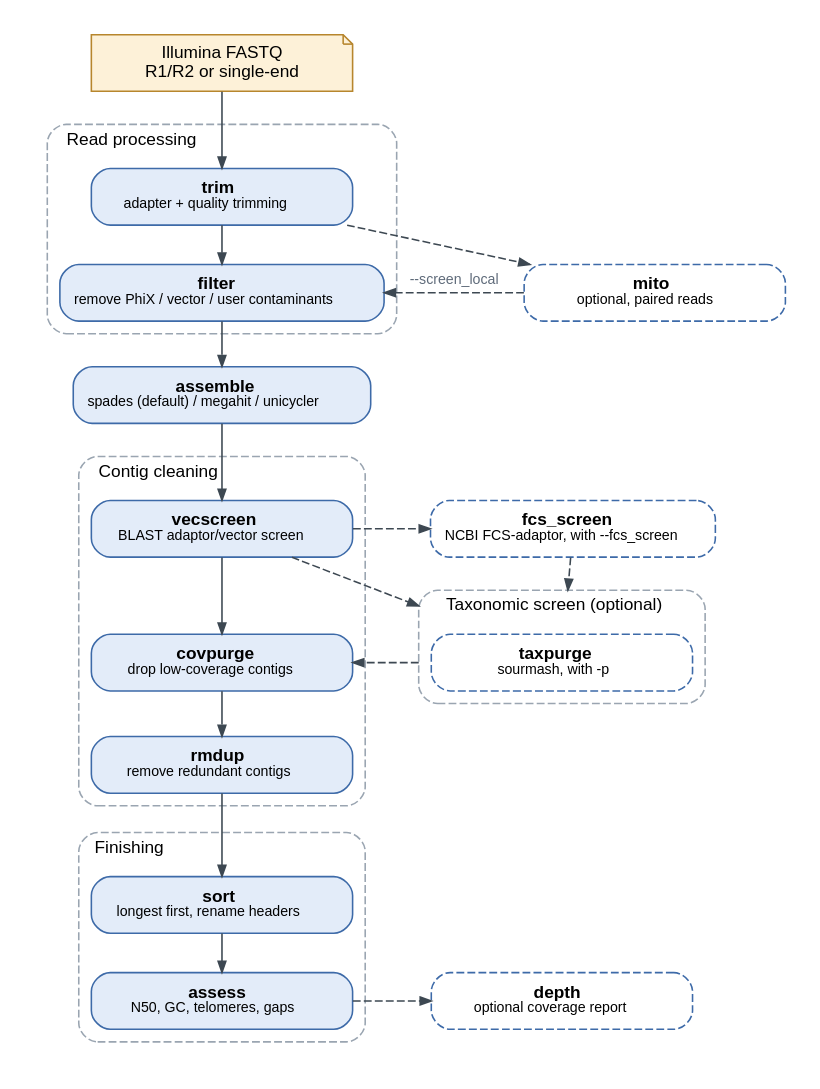
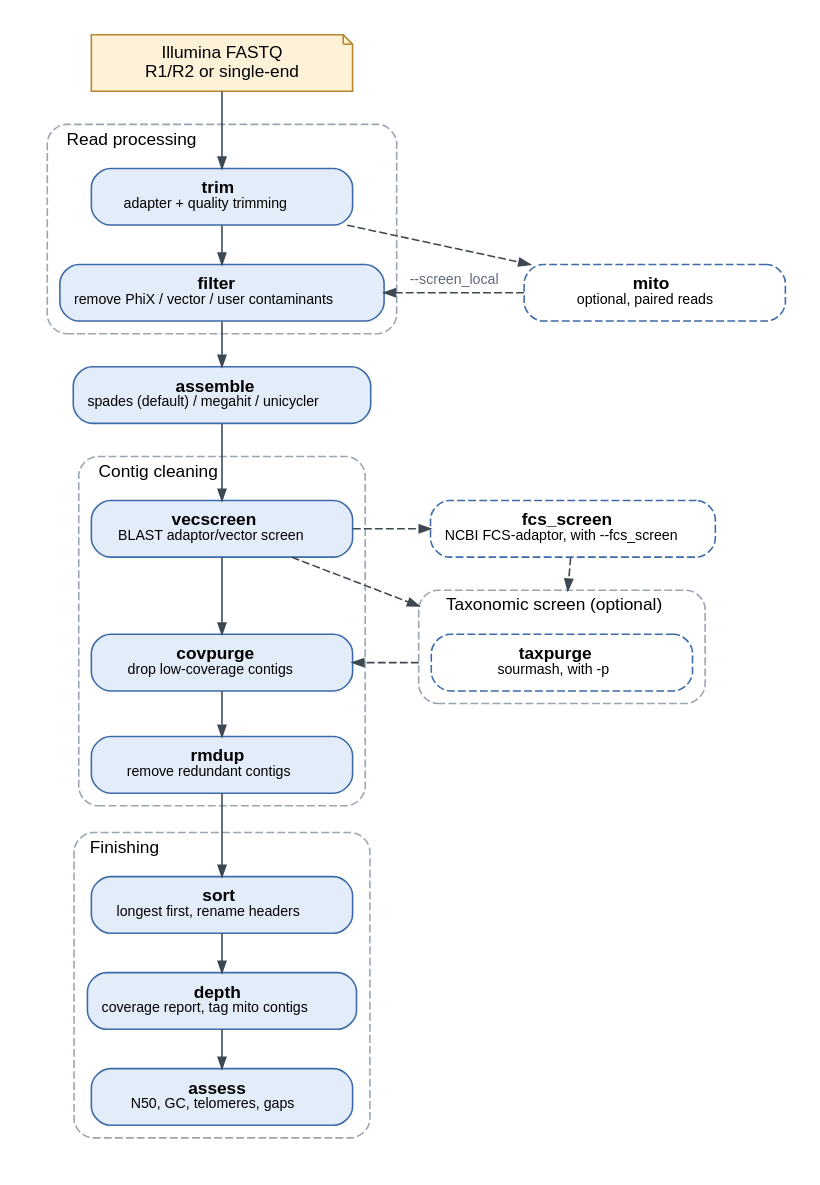
One commit to stajichlab/AAFTF changed the first of 3 diagrams in docs/workflow.rst. Above: the diagram before and after it, drawn with Graphviz. The commit also changed other lines of this file and 8 other files, not shown here.

```diff
--- a/docs/workflow.rst
+++ b/docs/workflow.rst
@@ -34,42 +34,40 @@
 .. graphviz::
    :align: center
 
    digraph pipeline_short {
        graph [compound=true, bgcolor="white", pad="0.2", fontname="Helvetica", fontsize=11, nodesep=0.35, ranksep=0.32, newrank=true, labeljust=l, color="#9aa5b1", style="rounded,dashed"]
        node [shape=box, style="rounded,filled", fillcolor="#e3ecf9", color="#3d6aa8", fontname="Helvetica", fontsize=11, width=2.3, height=0.5, margin="0.12,0.05"]
        edge [color="#3d4852", arrowsize=0.7, fontname="Helvetica", fontsize=9, fontcolor="#5f6b7a"]
        reads [label="Illumina FASTQ\nR1/R2 or single-end", shape=note, fillcolor="#fdf1d8", color="#b7862d"]
        subgraph cluster_reads { label="Read processing"
            trim [label=<<b>trim</b><br/><font point-size="9">adapter + quality trimming</font>>]
            filter [label=<<b>filter</b><br/><font point-size="9">remove PhiX / vector / user contaminants</font>>]
        }
        mito [label=<<b>mito</b><br/><font point-size="9">optional, paired reads</font>>, style="rounded,dashed", fillcolor=white]
        assemble [label=<<b>assemble</b><br/><font point-size="9">spades (default) / megahit / unicycler</font>>]
        subgraph cluster_clean { label="Contig cleaning"
            vecscreen [label=<<b>vecscreen</b><br/><font point-size="9">BLAST adaptor/vector screen</font>>]
            covpurge [label=<<b>covpurge</b><br/><font point-size="9">drop low-coverage contigs</font>>]
            rmdup [label=<<b>rmdup</b><br/><font point-size="9">remove redundant contigs</font>>]
        }
        subgraph cluster_taxonomy { label="Taxonomic screen (optional)"
            taxpurge [label=<<b>taxpurge</b><br/><font point-size="9">sourmash, with -p</font>>, style="rounded,dashed", fillcolor=white]
        }
        fcs_screen [label=<<b>fcs_screen</b><br/><font point-size="9">NCBI FCS-adaptor, with --fcs_screen</font>>, style="rounded,dashed", fillcolor=white]
        subgraph cluster_finish { label="Finishing"
            sort [label=<<b>sort</b><br/><font point-size="9">longest first, rename headers</font>>]
+           depth [label=<<b>depth</b><br/><font point-size="9">coverage report, tag mito contigs</font>>]
            assess [label=<<b>assess</b><br/><font point-size="9">N50, GC, telomeres, gaps</font>>]
        }
-       depth [label=<<b>depth</b><br/><font point-size="9">optional coverage report</font>>, style="rounded,dashed", fillcolor=white]
 
-       reads -> trim -> filter -> assemble -> vecscreen -> covpurge -> rmdup -> sort -> assess [weight=10]
+       reads -> trim -> filter -> assemble -> vecscreen -> covpurge -> rmdup -> sort -> depth -> assess [weight=10]
        trim -> mito [style=dashed]
        mito -> filter [style=dashed, label=" --screen_local"]
        vecscreen -> fcs_screen [style=dashed]
        {rank=same; vecscreen; fcs_screen}
        vecscreen -> taxpurge [style=dashed, lhead=cluster_taxonomy]
        fcs_screen -> taxpurge [style=dashed, lhead=cluster_taxonomy, constraint=false]
        taxpurge -> covpurge [style=dashed, ltail=cluster_taxonomy]
-       assess -> depth [style=dashed]
        {rank=same; filter; mito}
        {rank=same; covpurge; taxpurge}
-       {rank=same; assess; depth}
    }
```
